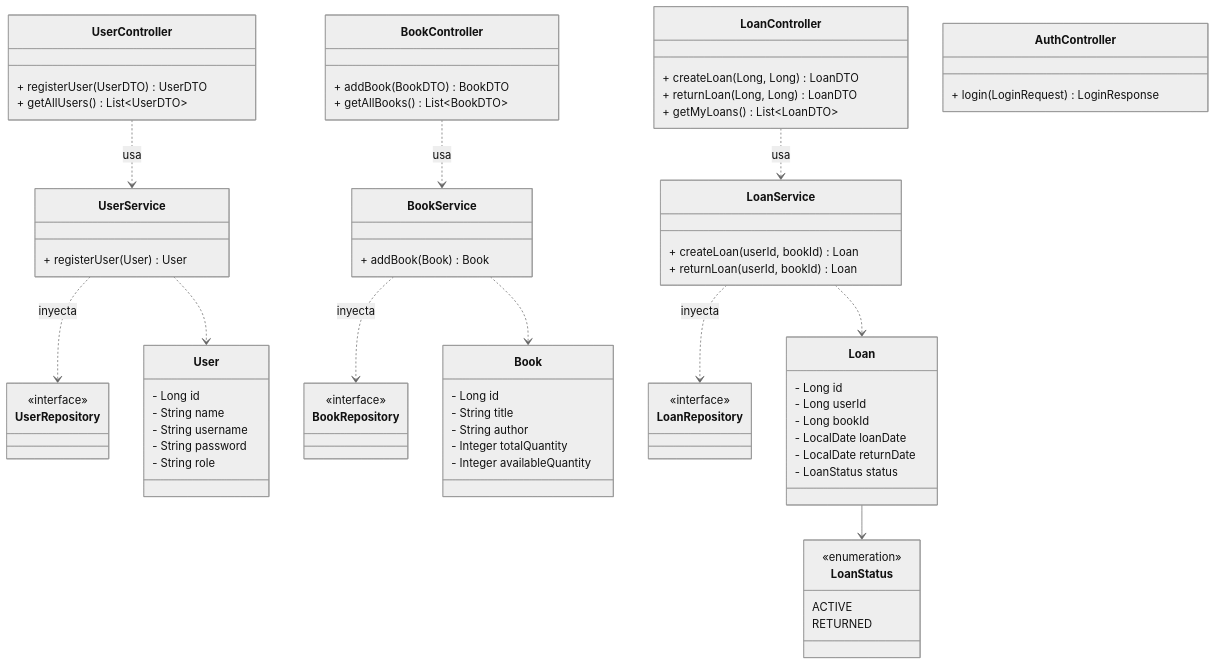
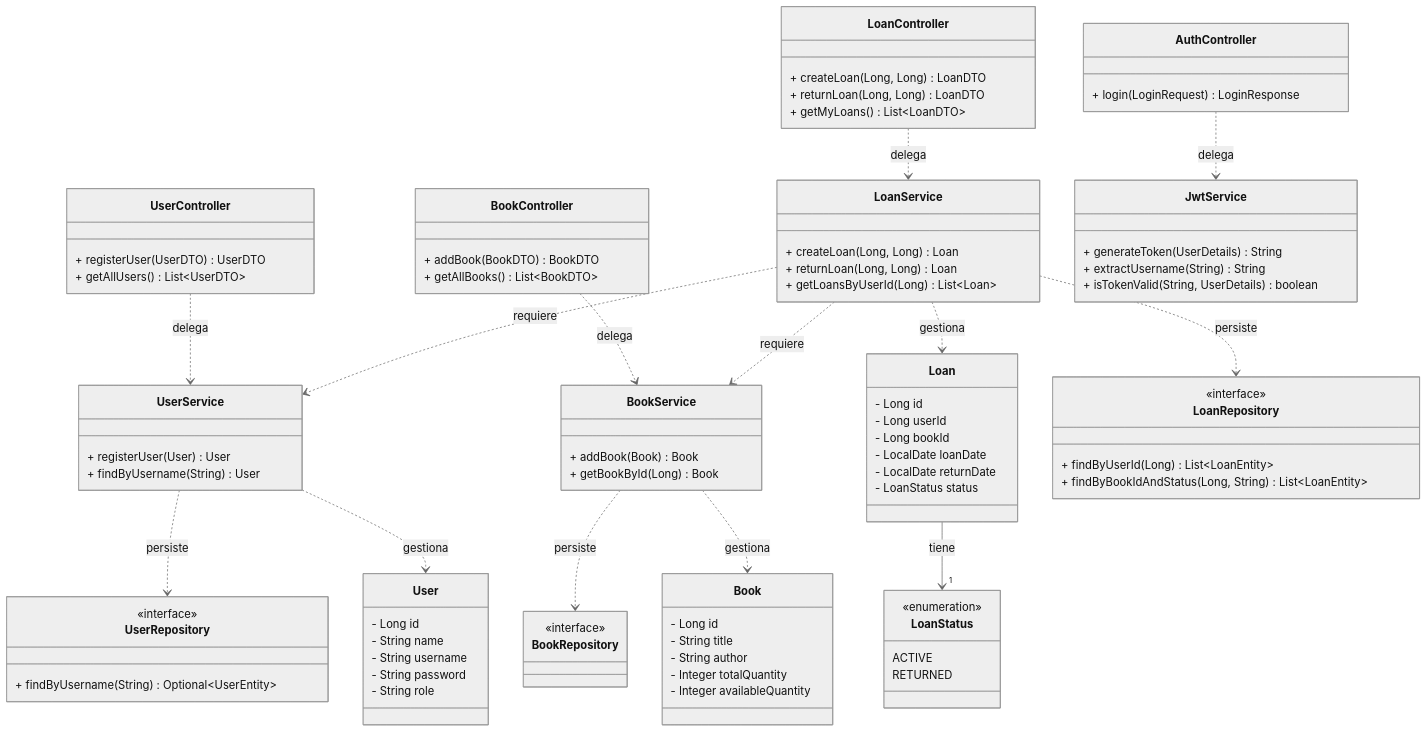
One commit to juanesgl/DOSW-Library changed the second of 2 diagrams in src/main/README.md. Above: the diagram before and after it, drawn with Mermaid (neutral theme). The commit also changed other lines of this file, not shown here.

Commit message:
README de los diagramas completadoss

````diff
--- a/src/main/README.md
+++ b/src/main/README.md
@@ -53,5 +88,6 @@
 ```mermaid
 classDiagram
+    %% Modelos / Entidades de Dominio
     class User {
         - Long id
         - String name
@@ -83,8 +119,9 @@
         RETURNED
     }
     
-    Loan --> LoanStatus
+    Loan --> "1" LoanStatus : tiene
 
+    %% Controladores REST
     class UserController {
         + registerUser(UserDTO) UserDTO
         + getAllUsers() List~UserDTO~
@@ -100,35 +137,64 @@
         + returnLoan(Long, Long) LoanDTO
         + getMyLoans() List~LoanDTO~
     }
-    
+
     class AuthController {
         + login(LoginRequest) LoginResponse
     }
 
+    %% Lógica de Negocio
     class UserService {
         + registerUser(User) User
+        + findByUsername(String) User
     }
+
     class BookService {
         + addBook(Book) Book
-    }
-    class LoanService {
-        + createLoan(userId, bookId) Loan
-        + returnLoan(userId, bookId) Loan
+        + getBookById(Long) Book
     }
 
-    class UserRepository { <<interface>> }
-    class BookRepository { <<interface>> }
-    class LoanRepository { <<interface>> }
+    class LoanService {
+        + createLoan(Long, Long) Loan
+        + returnLoan(Long, Long) Loan
+        + getLoansByUserId(Long) List~Loan~
+    }
+    
+    class JwtService {
+        + generateToken(UserDetails) String
+        + extractUsername(String) String
+        + isTokenValid(String, UserDetails) boolean
+    }
 
-    UserController ..> UserService : usa
-    BookController ..> BookService : usa
-    LoanController ..> LoanService : usa
+    %% Capa de Datos (JPA)
+    class UserRepository {
+        <<interface>>
+        + findByUsername(String) Optional~UserEntity~
+    }
     
-    UserService ..> UserRepository : inyecta
-    BookService ..> BookRepository : inyecta
-    LoanService ..> LoanRepository : inyecta
+    class BookRepository {
+        <<interface>>
+    }
+
+    class LoanRepository {
+        <<interface>>
+        + findByUserId(Long) List~LoanEntity~
+        + findByBookIdAndStatus(Long, String) List~LoanEntity~
+    }
+
+    %% Relaciones estructurales (Dependencias)
+    UserController ..> UserService : delega
+    BookController ..> BookService : delega
+    LoanController ..> LoanService : delega
+    AuthController ..> JwtService : delega
     
-    UserService ..> User
-    BookService ..> Book
-    LoanService ..> Loan
+    UserService ..> UserRepository : persiste
+    BookService ..> BookRepository : persiste
+    LoanService ..> LoanRepository : persiste
+    
+    LoanService ..> UserService : requiere
+    LoanService ..> BookService : requiere
+    
+    UserService ..> User : gestiona
+    BookService ..> Book : gestiona
+    LoanService ..> Loan : gestiona
 ```
````
